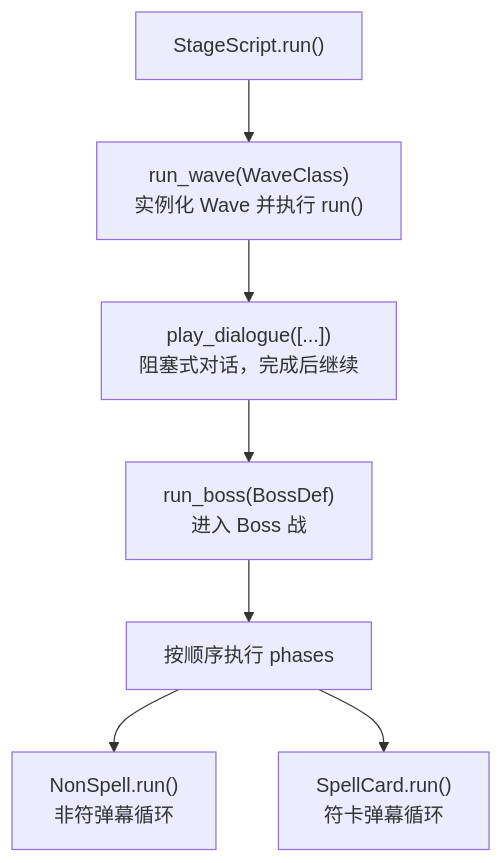
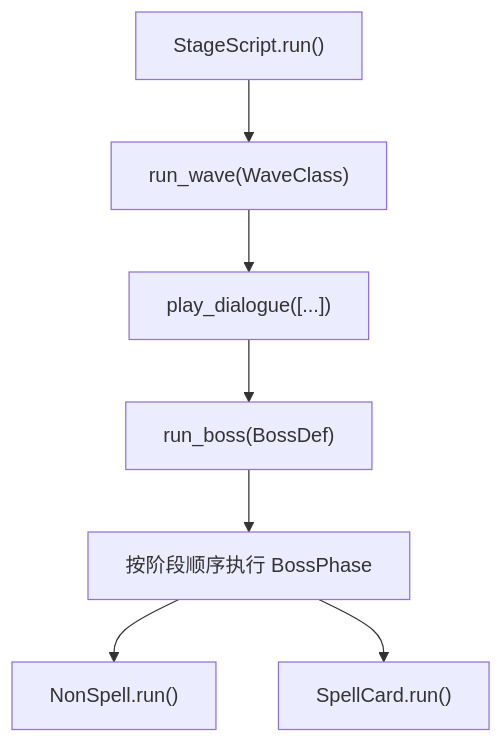
One commit to qwqpap/PythonSTG changed the third of 6 diagrams in docs/architecture.md. Above: the diagram before and after it, drawn with Mermaid. The commit also changed other lines of this file and 19 other files, not shown here.

````diff
--- a/docs/architecture.md
+++ b/docs/architecture.md
@@ -119,14 +117,14 @@
 ```mermaid
 flowchart TB
     stage["StageScript.run()"]
-    wave["run_wave(WaveClass)<br/>实例化 Wave 并执行 run()"]
-    dialogue["play_dialogue([...])<br/>阻塞式对话，完成后继续"]
-    boss["run_boss(BossDef)<br/>进入 Boss 战"]
-    phases["按顺序执行 phases"]
-    nonspell["NonSpell.run()<br/>非符弹幕循环"]
-    spell["SpellCard.run()<br/>符卡弹幕循环"]
+    wave["run_wave(WaveClass)"]
+    dialogue["play_dialogue([...])"]
+    boss["run_boss(BossDef)"]
+    phases["按阶段顺序执行 BossPhase"]
+    nonspell["NonSpell.run()"]
+    spell["SpellCard.run()"]
 
     stage --> wave --> dialogue --> boss --> phases
     phases --> nonspell
     phases --> spell
 ```
````
